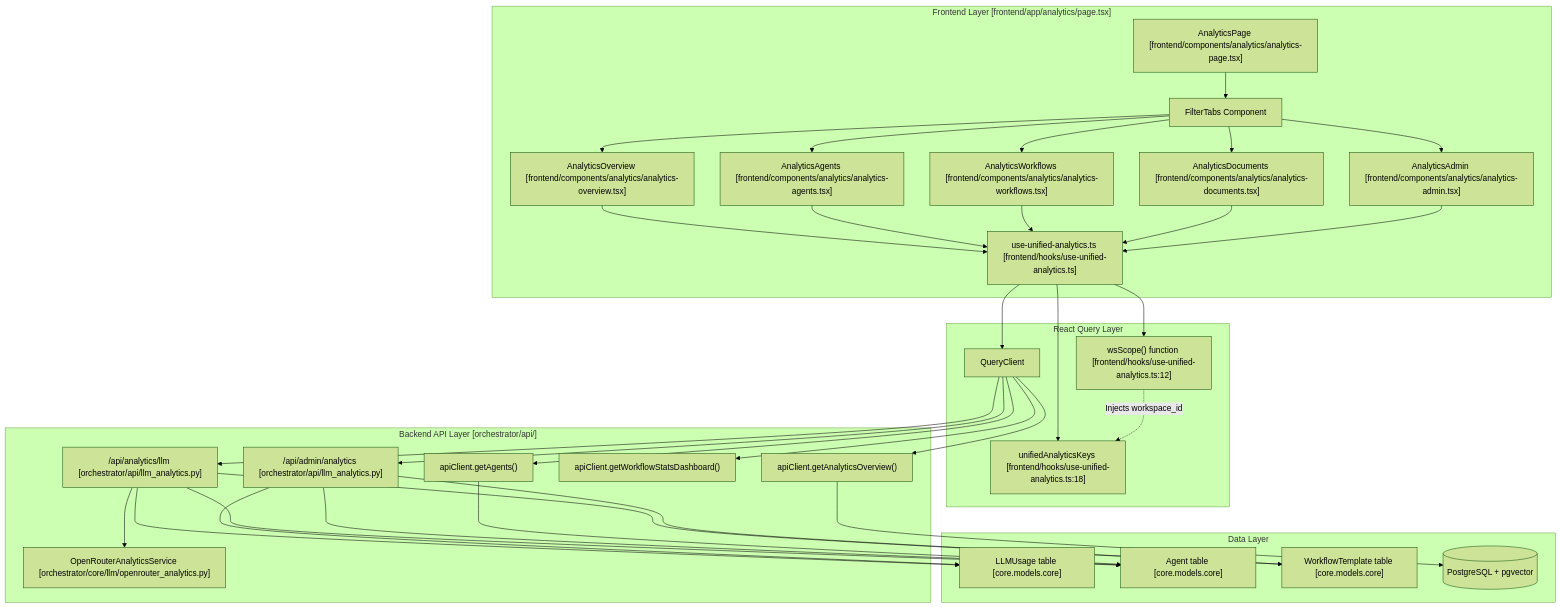
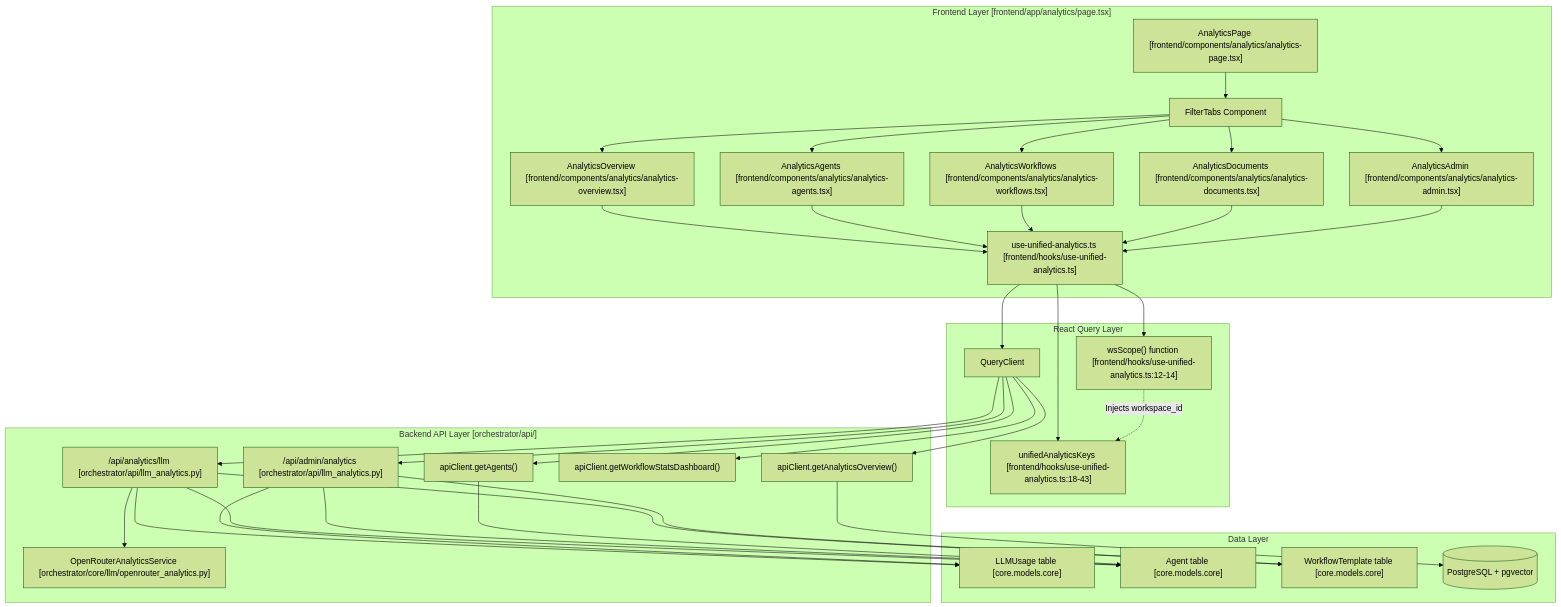
One commit to AutomatosAI/automatos-ai changed the first of 2 diagrams in docs/analytics-monitoring/analytics-architecture.md. Above: the diagram before and after it, drawn with Mermaid (forest theme). The commit also changed other lines of this file and 191 other files, not shown here.

````diff
--- a/docs/analytics-monitoring/analytics-architecture.md
+++ b/docs/analytics-monitoring/analytics-architecture.md
@@ -47,55 +43,55 @@
 ```mermaid
 graph TB
     subgraph "Frontend Layer [frontend/app/analytics/page.tsx]"
         AnalyticsPage["AnalyticsPage [frontend/components/analytics/analytics-page.tsx]"]
         Tabs["FilterTabs Component"]
         OverviewTab["AnalyticsOverview [frontend/components/analytics/analytics-overview.tsx]"]
         AgentsTab["AnalyticsAgents [frontend/components/analytics/analytics-agents.tsx]"]
         WorkflowsTab["AnalyticsWorkflows [frontend/components/analytics/analytics-workflows.tsx]"]
         DocsTab["AnalyticsDocuments [frontend/components/analytics/analytics-documents.tsx]"]
         AdminTab["AnalyticsAdmin [frontend/components/analytics/analytics-admin.tsx]"]
         
         Hooks["use-unified-analytics.ts [frontend/hooks/use-unified-analytics.ts]"]
         
         AnalyticsPage --> Tabs
         Tabs --> OverviewTab & AgentsTab & WorkflowsTab & DocsTab & AdminTab
         OverviewTab & AgentsTab & WorkflowsTab & DocsTab & AdminTab --> Hooks
     end
     
     subgraph "React Query Layer"
         QueryClient["QueryClient"]
-        wsScope["wsScope() function [frontend/hooks/use-unified-analytics.ts:12]"]
-        QueryKeys["unifiedAnalyticsKeys [frontend/hooks/use-unified-analytics.ts:18]"]
+        wsScope["wsScope() function [frontend/hooks/use-unified-analytics.ts:12-14]"]
+        QueryKeys["unifiedAnalyticsKeys [frontend/hooks/use-unified-analytics.ts:18-43]"]
         
         Hooks --> QueryClient
         Hooks --> wsScope
         Hooks --> QueryKeys
     end
     
     subgraph "Backend API Layer [orchestrator/api/]"
         LLMRouter["/api/analytics/llm [orchestrator/api/llm_analytics.py]"]
         AdminRouter["/api/admin/analytics [orchestrator/api/llm_analytics.py]"]
         OR_Service["OpenRouterAnalyticsService [orchestrator/core/llm/openrouter_analytics.py]"]
         
         AgentAPI["apiClient.getAgents()"]
         WorkflowAPI["apiClient.getWorkflowStatsDashboard()"]
         DocsAPI["apiClient.getAnalyticsOverview()"]
     end
     
     subgraph "Data Layer"
         LLMUsageTable["LLMUsage table [core.models.core]"]
         AgentTable["Agent table [core.models.core]"]
         WorkflowTable["WorkflowTemplate table [core.models.core]"]
         
         Postgres[("PostgreSQL + pgvector")]
     end
     
     QueryClient --> LLMRouter & AdminRouter & AgentAPI & WorkflowAPI & DocsAPI
     LLMRouter --> OR_Service
     
     LLMRouter & AdminRouter --> LLMUsageTable & AgentTable & WorkflowTable
     AgentAPI --> AgentTable
     DocsAPI --> Postgres
     
     wsScope -.->|"Injects workspace_id"| QueryKeys
 ```
````
